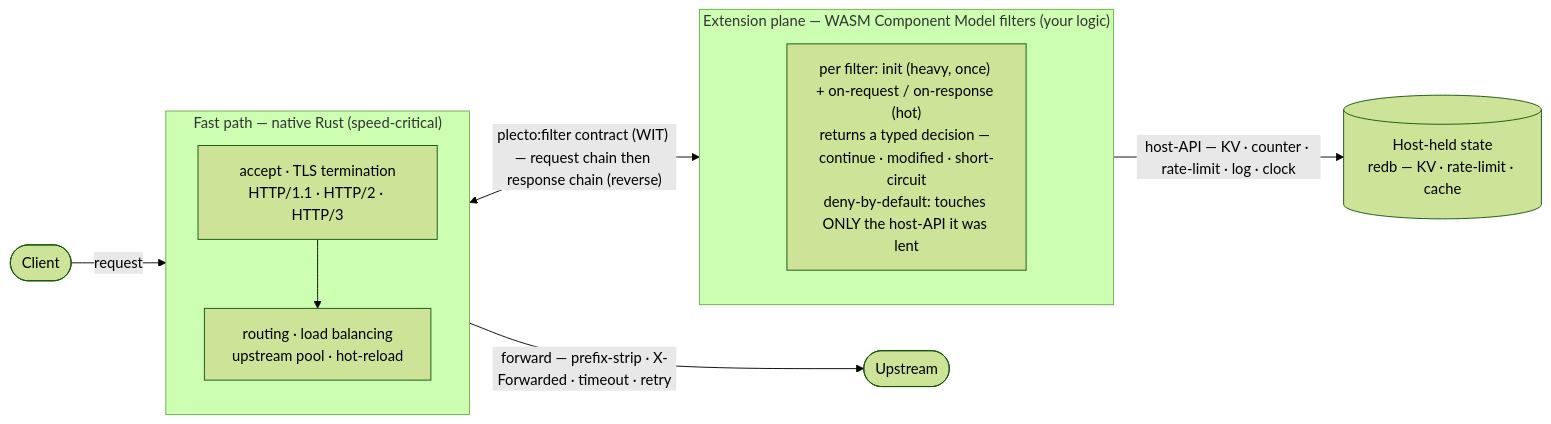
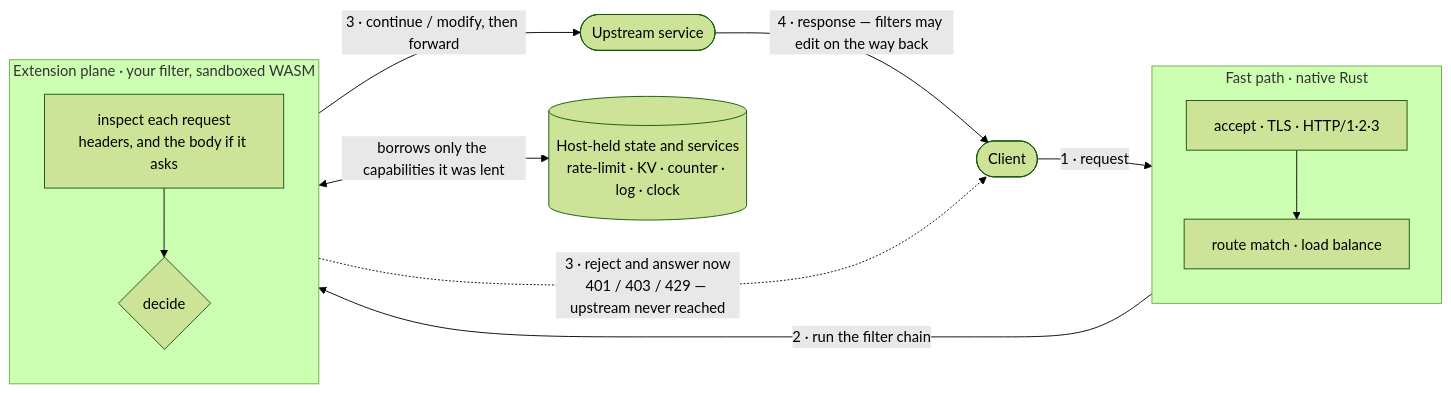
One commit to Kaikei-e/PlectoProxy changed the first of 2 diagrams in README.md. Above: the diagram before and after it, drawn with Mermaid (forest theme). The commit also changed other lines of this file and 1 other file, not shown here.

Commit message:
docs: clarify Plecto architecture, filter decisions, and WASM execution modes in documentation

````diff
--- a/README.md
+++ b/README.md
@@ -57,24 +63,28 @@
 ```mermaid
 flowchart LR
     client(["Client"])
-    upstream(["Upstream"])
+    upstream(["Upstream service"])
 
-    subgraph fast["Fast path — native Rust (speed-critical)"]
+    subgraph fast["Fast path · native Rust"]
         direction TB
-        net["accept · TLS termination<br/>HTTP/1.1 · HTTP/2 · HTTP/3"]
-        route["routing · load balancing<br/>upstream pool · hot-reload"]
-        net --> route
+        edge["accept · TLS · HTTP/1·2·3"]
+        route["route match · load balance"]
+        edge --> route
     end
 
-    subgraph ext["Extension plane — WASM Component Model filters (your logic)"]
+    subgraph ext["Extension plane · your filter, sandboxed WASM"]
         direction TB
-        filter["per filter: init (heavy, once) + on-request / on-response (hot)<br/>returns a typed decision — continue · modified · short-circuit<br/>deny-by-default: touches ONLY the host-API it was lent"]
+        inspect["inspect each request<br/>headers, and the body if it asks"]
+        decide{"decide"}
+        inspect --> decide
     end
 
-    state[("Host-held state<br/>redb — KV · rate-limit · cache")]
+    state[("Host-held state and services<br/>rate-limit · KV · counter · log · clock")]
 
-    client -->|request| fast
-    fast -->|"forward — prefix-strip · X-Forwarded · timeout · retry"| upstream
-    fast <-->|"plecto:filter contract (WIT) — request chain then response chain (reverse)"| ext
-    ext -->|"host-API — KV · counter · rate-limit · log · clock"| state
+    client -->|"1 · request"| edge
+    route -->|"2 · run the filter chain"| inspect
+    decide -->|"3 · continue / modify, then forward"| upstream
+    decide -.->|"3 · reject and answer now<br/>401 / 403 / 429 — upstream never reached"| client
+    upstream -->|"4 · response — filters may edit on the way back"| client
+    decide <-->|"borrows only the capabilities it was lent"| state
 ```
````
